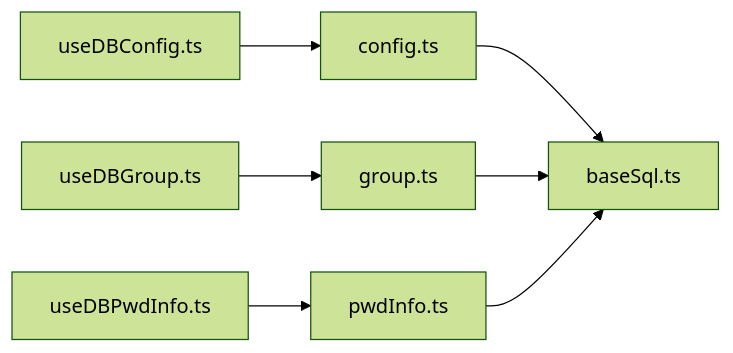
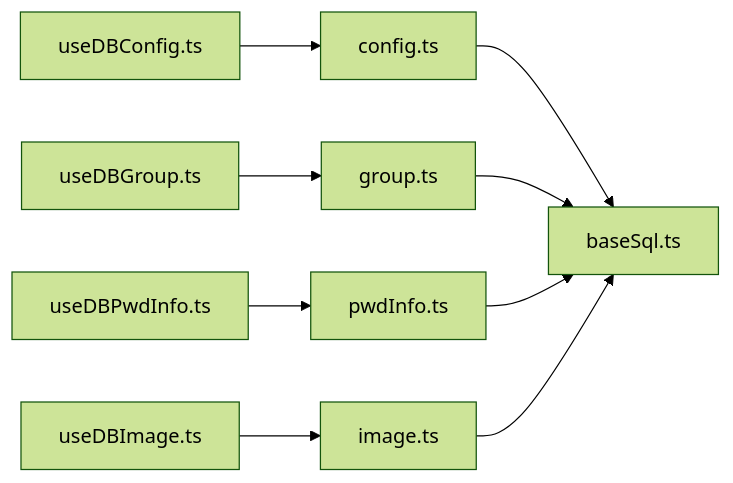
One commit to scgithub3220216/password-manager changed the fourth of 5 diagrams in .qoder/repowiki/zh/content/架构设计/数据库层架构/Mapper层设计/Mapper层设计.md. Above: the diagram before and after it, drawn with Mermaid (forest theme). The commit also changed other lines of this file and 9 other files, not shown here.

First line of the commit message:
feat(sync): 新增图像数据同步支持

````diff
--- a/.qoder/repowiki/zh/content/架构设计/数据库层架构/Mapper层设计/Mapper层设计.md
+++ b/.qoder/repowiki/zh/content/架构设计/数据库层架构/Mapper层设计/Mapper层设计.md
@@ -345,9 +396,11 @@
 ```mermaid
 graph LR
 FE_Config["useDBConfig.ts"] --> M_Config["config.ts"]
 FE_Group["useDBGroup.ts"] --> M_Group["group.ts"]
 FE_Pwd["useDBPwdInfo.ts"] --> M_Pwd["pwdInfo.ts"]
+FE_Img["useDBImage.ts"] --> M_Img["image.ts"]
 M_Config --> Base["baseSql.ts"]
 M_Group --> Base
 M_Pwd --> Base
+M_Img --> Base
 ```
````
